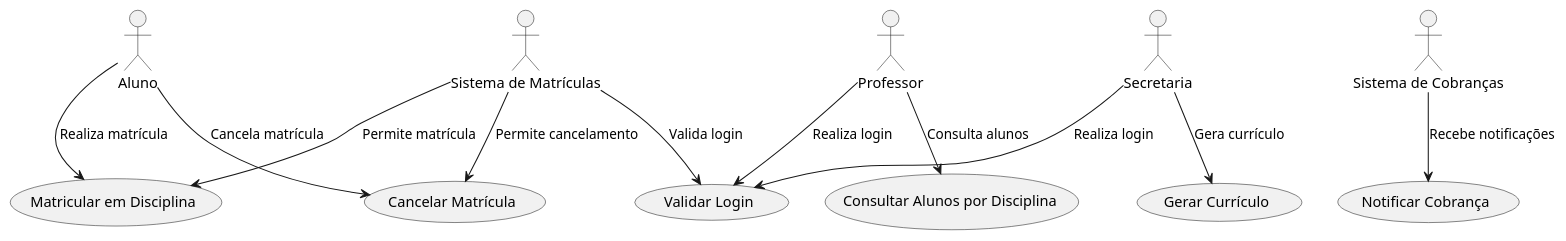
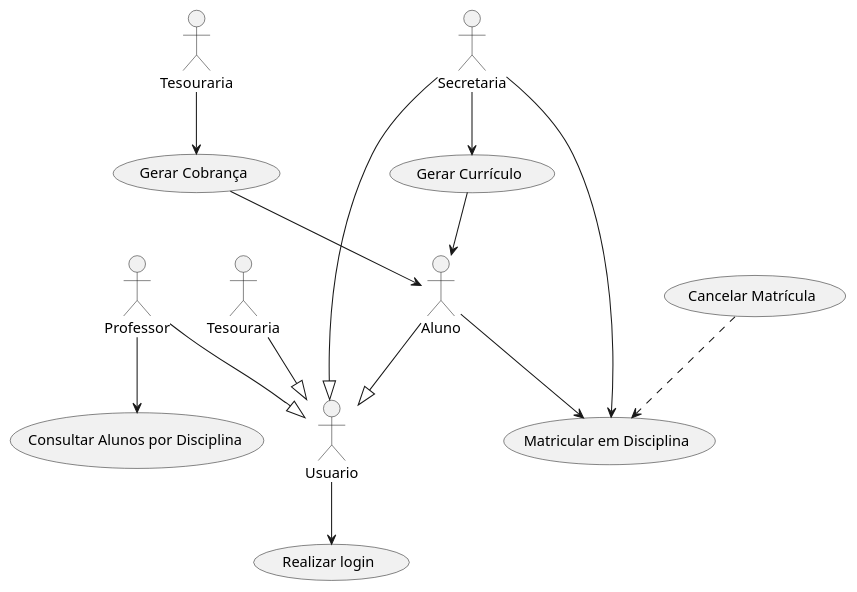
Before and after one commit to PedroRamos98/SistemaDeMatriculas: the diagram in project/code/Matricula.puml, drawn with PlantUML.

```diff
--- a/project/code/Matricula.puml
+++ b/project/code/Matricula.puml
@@ -1,34 +1,40 @@
 @startuml
-
 ' Define os atores
 actor Aluno
 actor Professor
 actor Secretaria
-actor SistemaCobranças as "Sistema de Cobranças"
-actor Sistema as "Sistema de Matrículas"
+actor SistemaCobranças as "Tesouraria"
+actor Usuario
+
+Aluno--|> Usuario
+Professor--|> Usuario
+Secretaria--|> Usuario
+Tesouraria--|> Usuario
 
 ' Define os casos de uso
 usecase "Gerar Currículo" as UC1
 usecase "Consultar Alunos por Disciplina" as UC2
 usecase "Matricular em Disciplina" as UC3
 usecase "Cancelar Matrícula" as UC4
-usecase "Notificar Cobrança" as UC5
-usecase "Validar Login" as UC6
+usecase "Gerar Cobrança" as UC5
+usecase "Realizar login" as UC6
+
 
 ' Define as relações entre atores e casos de uso
-Aluno --> UC3 : "Realiza matrícula"
-Aluno --> UC4 : "Cancela matrícula"
 
-Professor --> UC2 : "Consulta alunos"
-Professor --> UC6 : "Realiza login"
+Usuario --> UC6
 
-Secretaria --> UC1 : "Gera currículo"
-Secretaria --> UC6 : "Realiza login"
+Aluno --> UC3 
 
-SistemaCobranças --> UC5 : "Recebe notificações"
 
-Sistema --> UC6 : "Valida login"
-Sistema --> UC3 : "Permite matrícula"
-Sistema --> UC4 : "Permite cancelamento"
+UC4 ..> UC3
 
+Professor --> UC2 
+
+Secretaria --> UC1
+UC1 --> Aluno
+
+SistemaCobranças --> UC5
+UC5 --> Aluno
+Secretaria--> UC3
 @enduml
```
